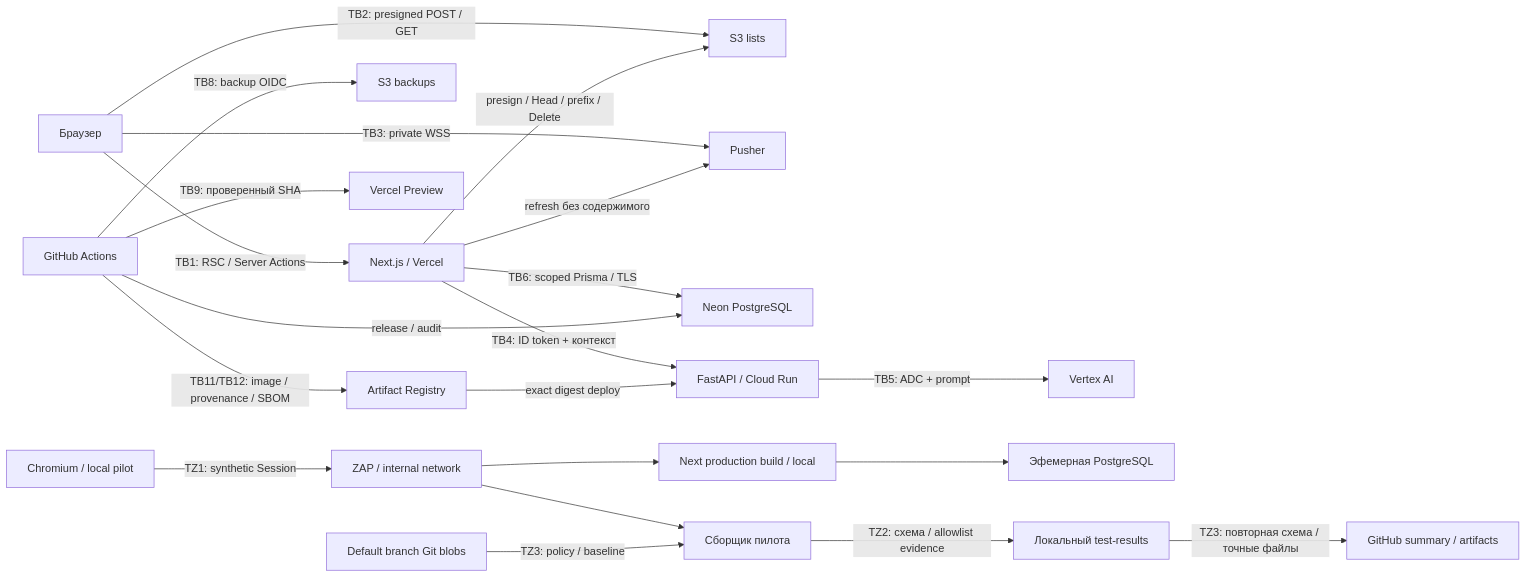
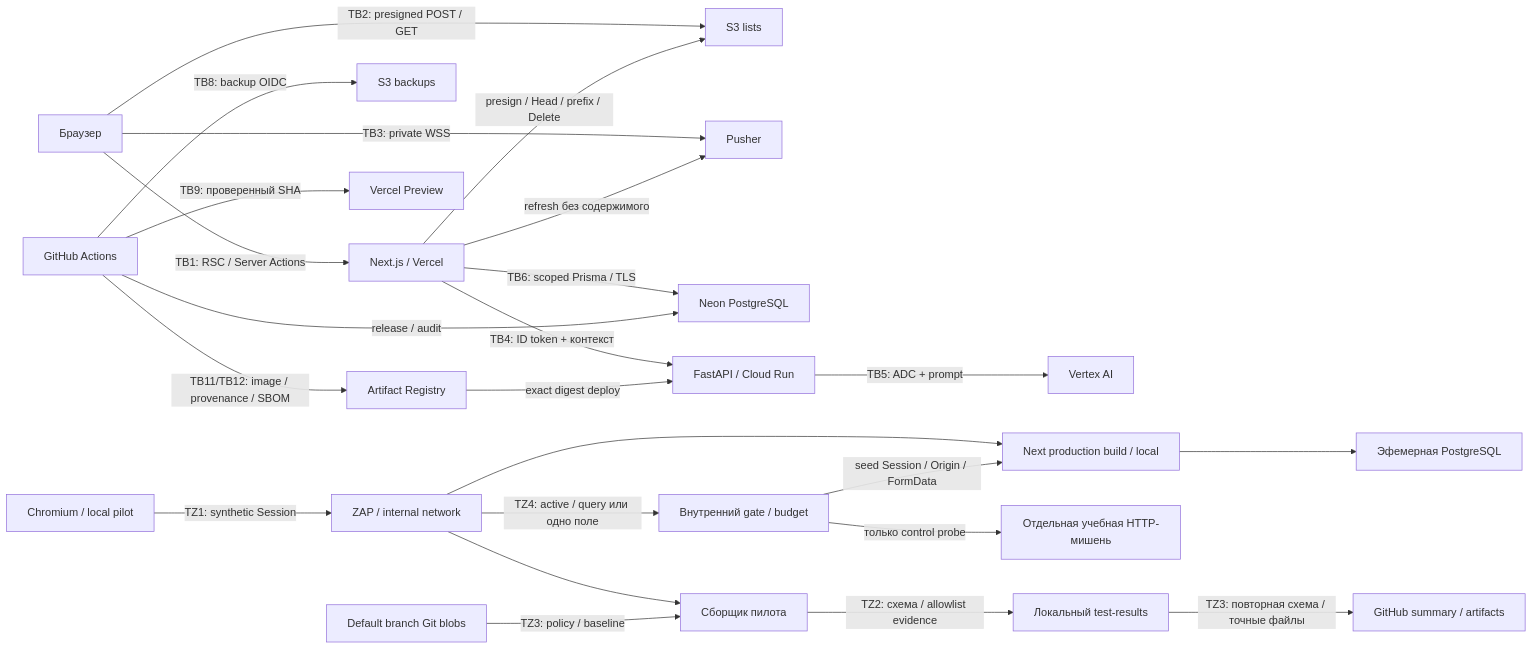
Before and after one commit to kzhirikhin/smart-lists: the diagram in THREAT_MODEL.md, drawn with Mermaid. The commit also changed other lines of this file and 26 other files, not shown here.

```diff
--- a/THREAT_MODEL.md
+++ b/THREAT_MODEL.md
@@ -60,23 +69,26 @@
 ~~~mermaid
 flowchart LR
     B[Браузер] -->|TB1: RSC / Server Actions| N[Next.js / Vercel]
     B -->|TB2: presigned POST / GET| S[S3 lists]
     B -->|TB3: private WSS| P[Pusher]
     N -->|TB6: scoped Prisma / TLS| D[Neon PostgreSQL]
     N -->|presign / Head / prefix / Delete| S
     N -->|refresh без содержимого| P
     N -->|TB4: ID token + контекст| F[FastAPI / Cloud Run]
     F -->|TB5: ADC + prompt| V[Vertex AI]
     G[GitHub Actions] -->|release / audit| D
     G -->|TB8: backup OIDC| K[S3 backups]
     G -->|TB11/TB12: image / provenance / SBOM| A[Artifact Registry]
     A -->|exact digest deploy| F
     G -->|TB9: проверенный SHA| Q[Vercel Preview]
     PB[Chromium / local pilot] -->|TZ1: synthetic Session| Z[ZAP / internal network]
     Z --> LN[Next production build / local]
+    Z -->|TZ4: active / query или одно поле| WG[Внутренний gate / budget]
+    WG -->|seed Session / Origin / FormData| LN
+    WG -->|только control probe| LAB[Отдельная учебная HTTP-мишень]
     LN --> TD[Эфемерная PostgreSQL]
     Z --> C[Сборщик пилота]
     C -->|TZ2: схема / allowlist evidence| O[Локальный test-results]
     O -->|TZ3: повторная схема / точные файлы| ZA[GitHub summary / artifacts]
     TC[Default branch Git blobs] -->|TZ3: policy / baseline| C
 ~~~
```
